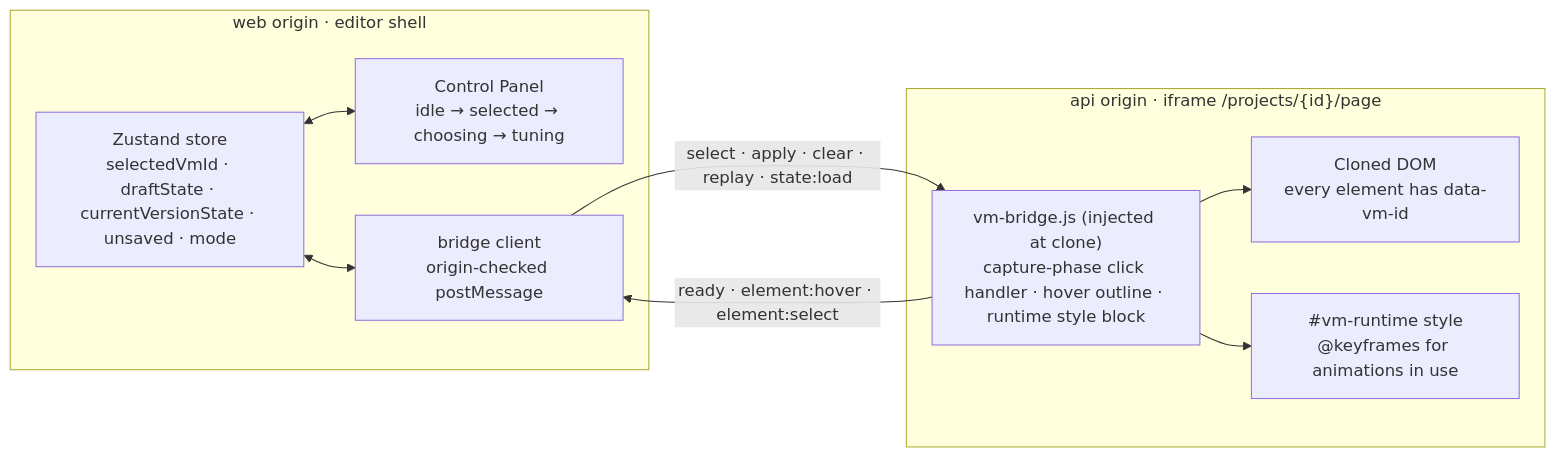
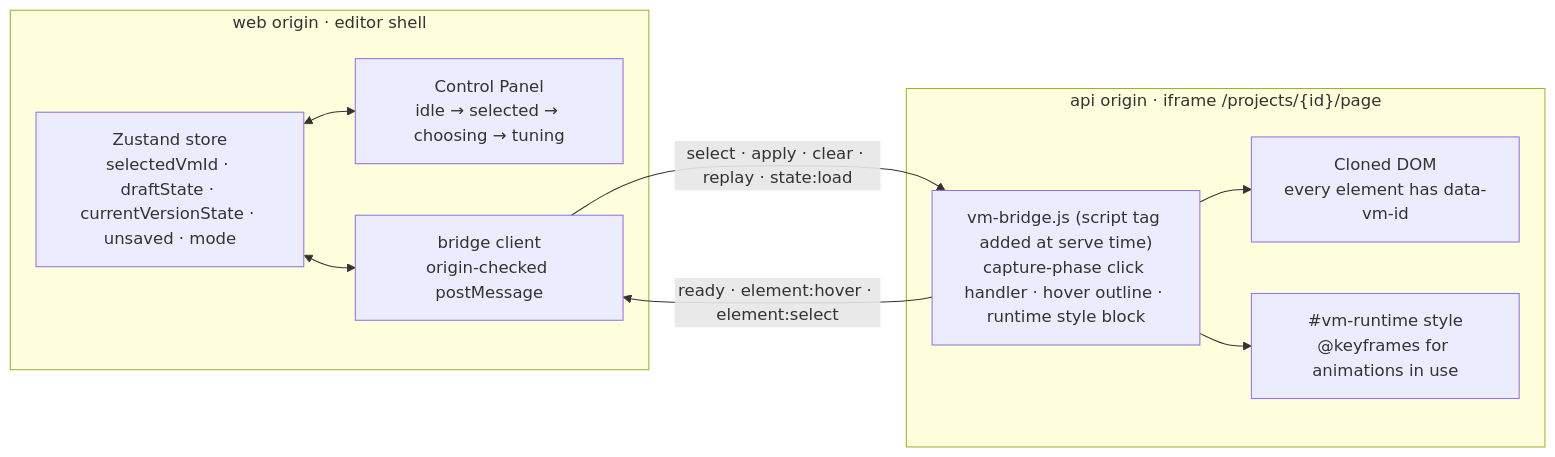
The seventh of 12 diagrams in docs/architecture.md (ludaxkris/vibe_motion), drawn with Mermaid before and after one commit. The commit also changed other lines of this file and 61 other files, not shown here.

First line of the commit message:
feat(phase-2): API core — projects, clone pipeline, versions (#4)

````diff
--- a/docs/architecture.md
+++ b/docs/architecture.md
@@ -174,21 +176,21 @@
 ```mermaid
 flowchart LR
   subgraph shell["web origin · editor shell"]
     store["Zustand store<br/>selectedVmId · draftState · currentVersionState · unsaved · mode"]
     panel["Control Panel<br/>idle → selected → choosing → tuning"]
     bridgeClient["bridge client<br/>origin-checked postMessage"]
     store <--> panel
     store <--> bridgeClient
   end
 
   subgraph frame["api origin · iframe /projects/{id}/page"]
-    bridgeScript["vm-bridge.js (injected at clone)<br/>capture-phase click handler · hover outline · runtime style block"]
+    bridgeScript["vm-bridge.js (script tag added at serve time)<br/>capture-phase click handler · hover outline · runtime style block"]
     dom["Cloned DOM<br/>every element has data-vm-id"]
     runtime["#vm-runtime style<br/>@keyframes for animations in use"]
     bridgeScript --> dom
     bridgeScript --> runtime
   end
 
   bridgeClient -- "select · apply · clear · replay · state:load" --> bridgeScript
   bridgeScript -- "ready · element:hover · element:select" --> bridgeClient
 ```
````
